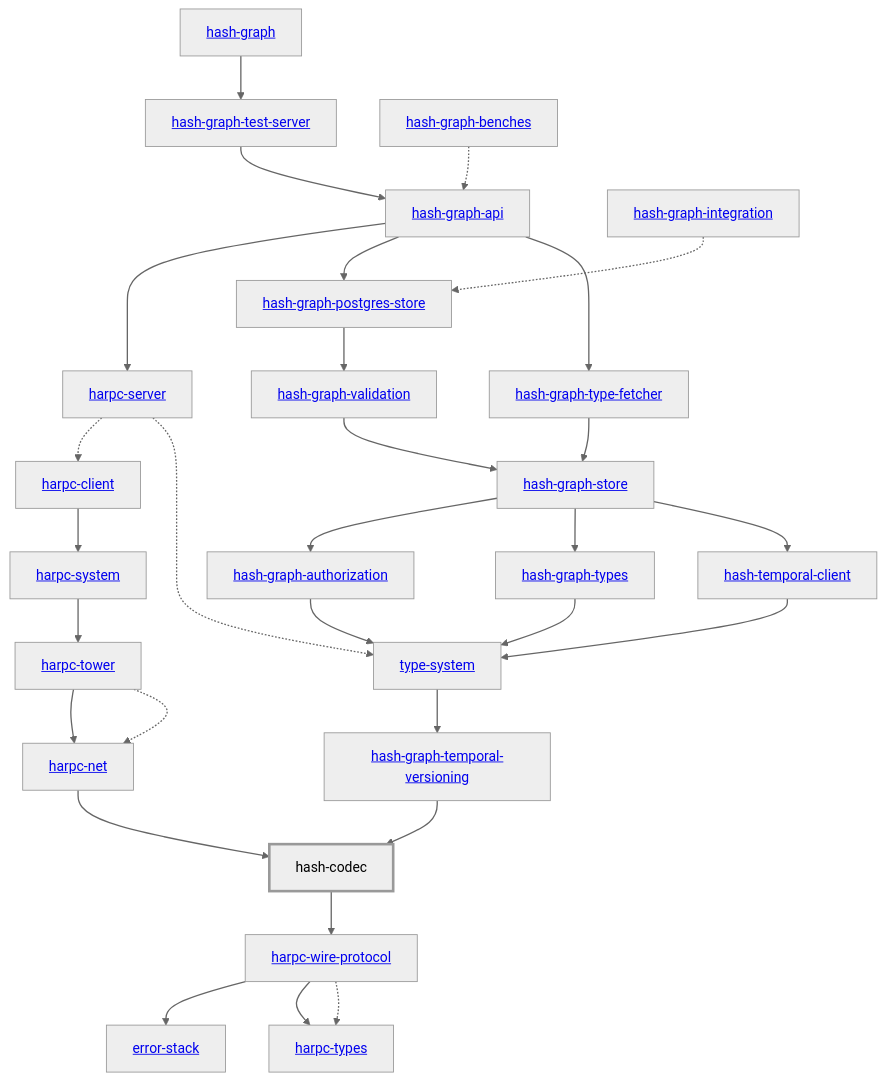
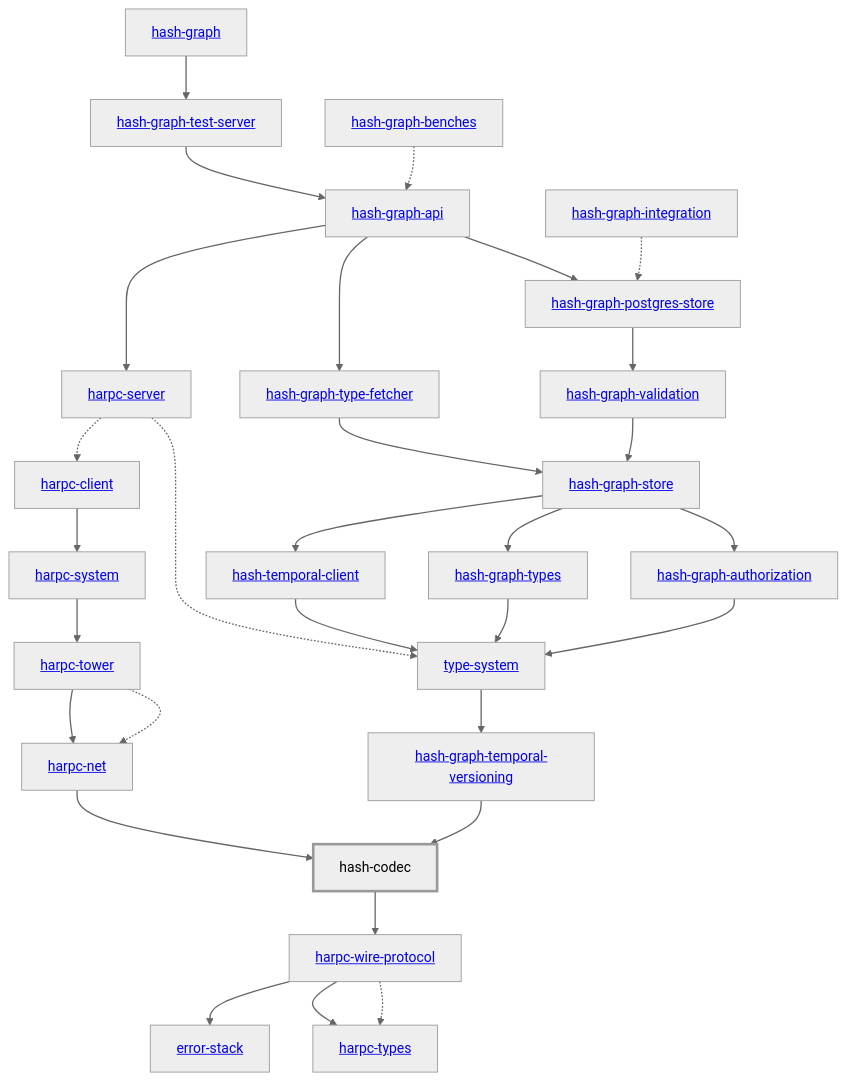
Before and after one commit to hashintel/hash: the diagram in libs/@local/codec/docs/dependency-diagram.mmd, drawn with Mermaid (neutral theme). The commit also changed 34 other files, not shown here.

Commit message:
chore: update dependency diagrams

```diff
--- a/libs/@local/codec/docs/dependency-diagram.mmd
+++ b/libs/@local/codec/docs/dependency-diagram.mmd
@@ -1,63 +1,63 @@
 graph TD
     linkStyle default stroke-width:1.5px
     classDef default stroke-width:1px
     classDef root stroke-width:3px
     classDef dev stroke-width:1px
     classDef build stroke-width:1px
     %% Legend
     %% --> : Normal dependency
     %% -.-> : Dev dependency
     %% ---> : Build dependency
-    0[<a href="../hash_graph_types/index.html">hash-graph-types</a>]
-    1[<a href="../hash_graph_validation/index.html">hash-graph-validation</a>]
-    2[<a href="../hash_graph_postgres_store/index.html">hash-graph-postgres-store</a>]
-    3[<a href="../hash_graph_store/index.html">hash-graph-store</a>]
-    4[<a href="../hash_graph_temporal_versioning/index.html">hash-graph-temporal-versioning</a>]
-    5[<a href="../hash_temporal_client/index.html">hash-temporal-client</a>]
-    6[<a href="../hash_graph_test_server/index.html">hash-graph-test-server</a>]
-    7[<a href="../error_stack/index.html">error-stack</a>]
-    8[<a href="../type_system/index.html">type-system</a>]
-    9[<a href="../harpc_client/index.html">harpc-client</a>]
-    10[<a href="../hash_graph_type_fetcher/index.html">hash-graph-type-fetcher</a>]
-    11[<a href="../harpc_net/index.html">harpc-net</a>]
-    12[<a href="../harpc_server/index.html">harpc-server</a>]
-    13[<a href="../harpc_system/index.html">harpc-system</a>]
-    14[<a href="../harpc_tower/index.html">harpc-tower</a>]
-    15[<a href="../harpc_types/index.html">harpc-types</a>]
-    16[<a href="../harpc_wire_protocol/index.html">harpc-wire-protocol</a>]
-    17[hash-codec]
-    class 17 root
-    18[<a href="../hash_graph/index.html">hash-graph</a>]
-    19[<a href="../hash_graph_api/index.html">hash-graph-api</a>]
-    20[<a href="../hash_graph_authorization/index.html">hash-graph-authorization</a>]
-    21[<a href="../hash_graph_benches/index.html">hash-graph-benches</a>]
-    22[<a href="../hash_graph_integration/index.html">hash-graph-integration</a>]
-    4 --> 17
+    0[<a href="../hash_graph">hash-graph</a>]
+    1[<a href="../type_system">type-system</a>]
+    2[hash-codec]
+    class 2 root
+    3[<a href="../hash_graph_api">hash-graph-api</a>]
+    4[<a href="../hash_graph_authorization">hash-graph-authorization</a>]
+    5[<a href="../hash_graph_postgres_store">hash-graph-postgres-store</a>]
+    6[<a href="../hash_graph_store">hash-graph-store</a>]
+    7[<a href="../hash_graph_temporal_versioning">hash-graph-temporal-versioning</a>]
+    8[<a href="../hash_graph_test_server">hash-graph-test-server</a>]
+    9[<a href="../hash_graph_type_fetcher">hash-graph-type-fetcher</a>]
+    10[<a href="../hash_graph_types">hash-graph-types</a>]
+    11[<a href="../hash_graph_validation">hash-graph-validation</a>]
+    12[<a href="../harpc_client">harpc-client</a>]
+    13[<a href="../harpc_net">harpc-net</a>]
+    14[<a href="../harpc_server">harpc-server</a>]
+    15[<a href="../harpc_system">harpc-system</a>]
+    16[<a href="../harpc_tower">harpc-tower</a>]
+    17[<a href="../harpc_types">harpc-types</a>]
+    18[<a href="../harpc_wire_protocol">harpc-wire-protocol</a>]
+    19[<a href="../hash_temporal_client">hash-temporal-client</a>]
+    20[<a href="../error_stack">error-stack</a>]
+    21[<a href="../hash_graph_benches">hash-graph-benches</a>]
+    22[<a href="../hash_graph_integration">hash-graph-integration</a>]
+    0 --> 8
+    1 --> 7
+    2 --> 18
+    3 --> 5
+    3 --> 9
+    3 --> 14
+    4 --> 1
+    5 --> 11
+    6 --> 4
+    6 --> 10
     6 --> 19
-    9 --> 13
-    11 --> 17
-    12 -.-> 9
-    12 -.-> 8
-    13 --> 14
-    14 --> 11
-    14 -.-> 11
-    16 --> 7
-    16 --> 15
-    16 -.-> 15
-    17 --> 16
-    10 --> 3
-    18 --> 6
-    5 --> 8
-    19 --> 12
-    19 --> 2
-    1 --> 3
-    19 --> 10
-    0 --> 8
-    20 --> 8
-    21 -.-> 19
-    22 -.-> 2
-    8 --> 4
-    2 --> 1
-    3 --> 20
-    3 --> 0
-    3 --> 5
+    7 --> 2
+    8 --> 3
+    9 --> 6
+    10 --> 1
+    11 --> 6
+    12 --> 15
+    13 --> 2
+    14 -.-> 1
+    14 -.-> 12
+    15 --> 16
+    16 -.-> 13
+    16 --> 13
+    18 -.-> 17
+    18 --> 17
+    18 --> 20
+    19 --> 1
+    21 -.-> 3
+    22 -.-> 5
```
